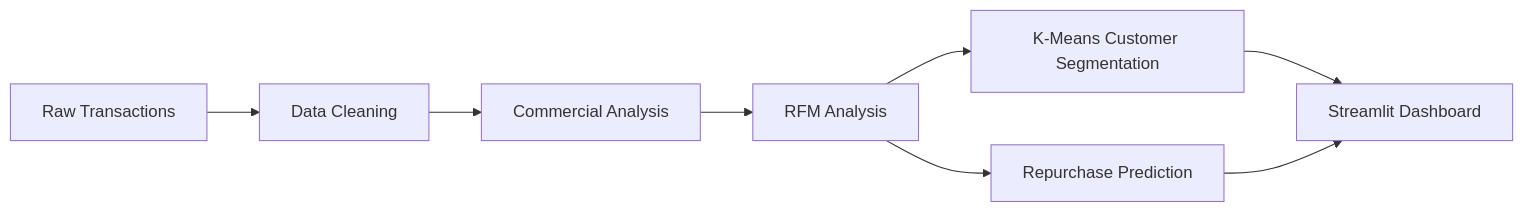
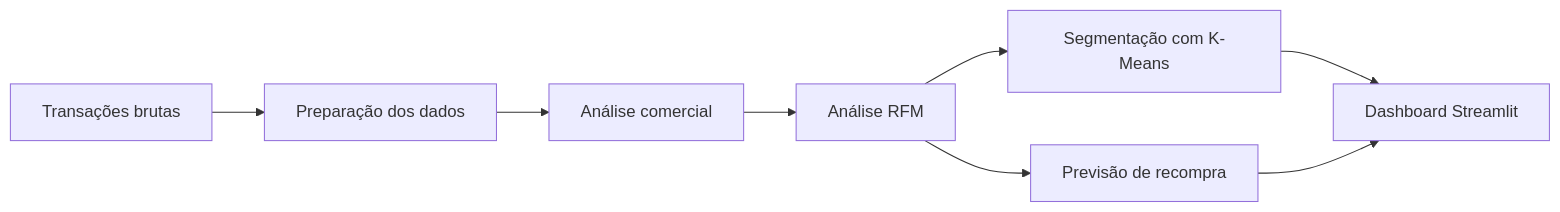
One commit to AnandaFigueiredo/retail-intelligence-ml changed the diagram in README.md. Above: the diagram before and after it, drawn with Mermaid. The commit also changed other lines of this file and 4 other files, not shown here.

````diff
--- a/README.md
+++ b/README.md
@@ -80,10 +82,10 @@
 ```mermaid
 flowchart LR
-    A[Raw Transactions] --> B[Data Cleaning]
-    B --> C[Commercial Analysis]
-    C --> D[RFM Analysis]
-    D --> E[K-Means Customer Segmentation]
-    D --> F[Repurchase Prediction]
-    E --> G[Streamlit Dashboard]
+    A[Transações brutas] --> B[Preparação dos dados]
+    B --> C[Análise comercial]
+    C --> D[Análise RFM]
+    D --> E[Segmentação com K-Means]
+    D --> F[Previsão de recompra]
+    E --> G[Dashboard Streamlit]
     F --> G
 ```
````
